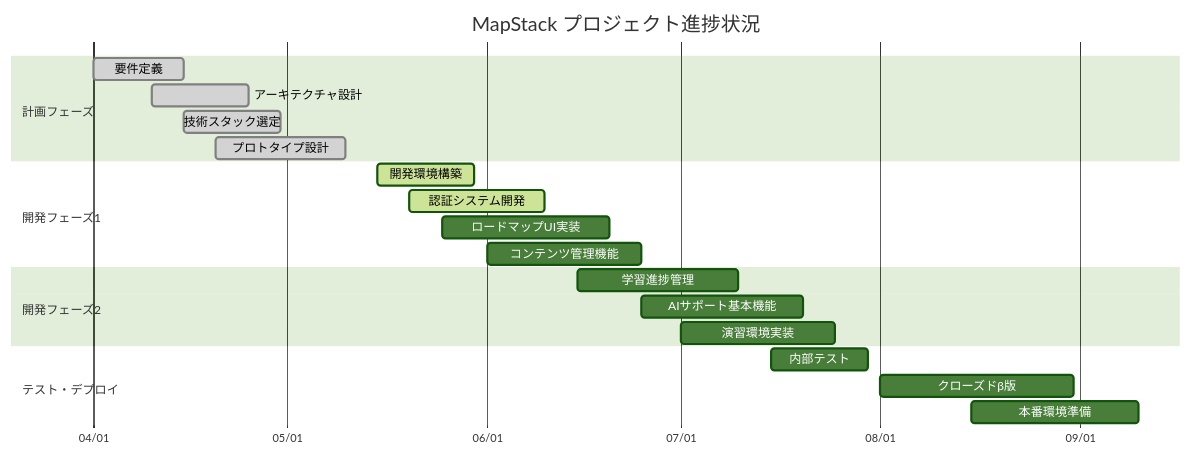
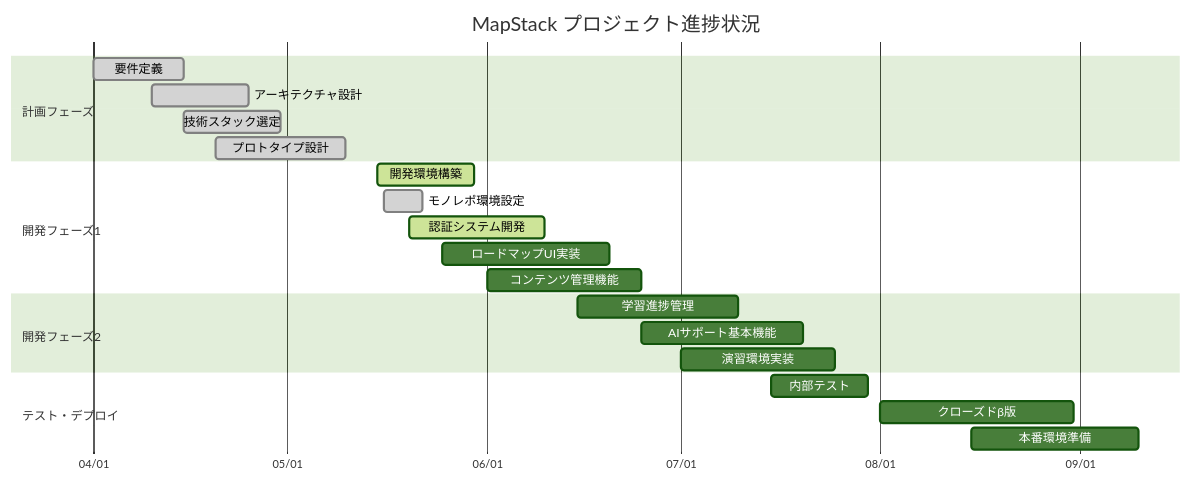
The first of 2 diagrams in docs/progress/project_status.md (pipo3944/MapStack), drawn with Mermaid (forest theme) before and after one commit. The commit also changed other lines of this file and 30 other files, not shown here.

````diff
--- a/docs/progress/project_status.md
+++ b/docs/progress/project_status.md
@@ -13,28 +13,29 @@
 ```mermaid
 gantt
     title MapStack プロジェクト進捗状況
     dateFormat  YYYY-MM-DD
     axisFormat  %m/%d
     
     section 計画フェーズ
     要件定義            :done,    req,    2023-04-01, 2023-04-15
     アーキテクチャ設計   :done,    arch,   2023-04-10, 2023-04-25
     技術スタック選定     :done,    tech,   2023-04-15, 2023-04-30
     プロトタイプ設計     :done,    proto,  2023-04-20, 2023-05-10
     
     section 開発フェーズ1
     開発環境構築         :active,  dev1,   2023-05-15, 2023-05-30
+    モノレポ環境設定     :done,    mono,   2023-05-16, 2023-05-22
     認証システム開発     :active,  auth,   2023-05-20, 2023-06-10
     ロードマップUI実装    :         map,    2023-05-25, 2023-06-20
     コンテンツ管理機能   :         cont,   2023-06-01, 2023-06-25
     
     section 開発フェーズ2
     学習進捗管理         :         prog,   2023-06-15, 2023-07-10
     AIサポート基本機能   :         ai1,    2023-06-25, 2023-07-20
     演習環境実装         :         ex,     2023-07-01, 2023-07-25
     
     section テスト・デプロイ
     内部テスト           :         test1,  2023-07-15, 2023-07-30
     クローズドβ版        :         beta,   2023-08-01, 2023-08-31
     本番環境準備         :         prod,   2023-08-15, 2023-09-10
 ```
````
